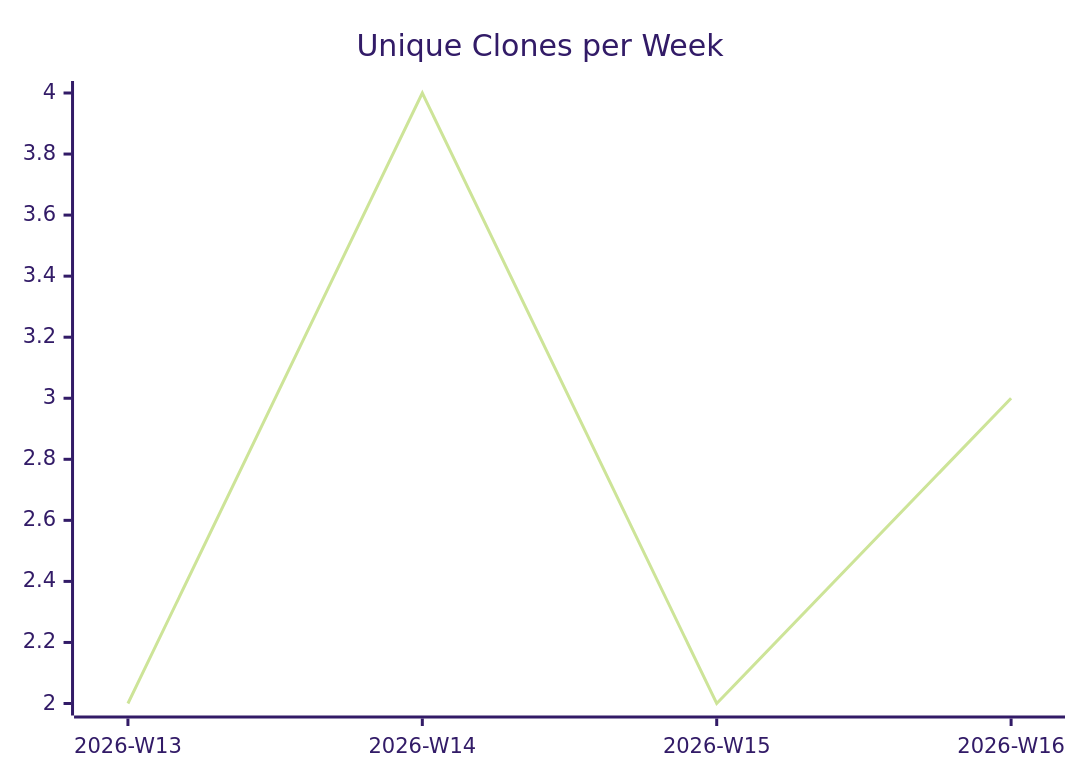
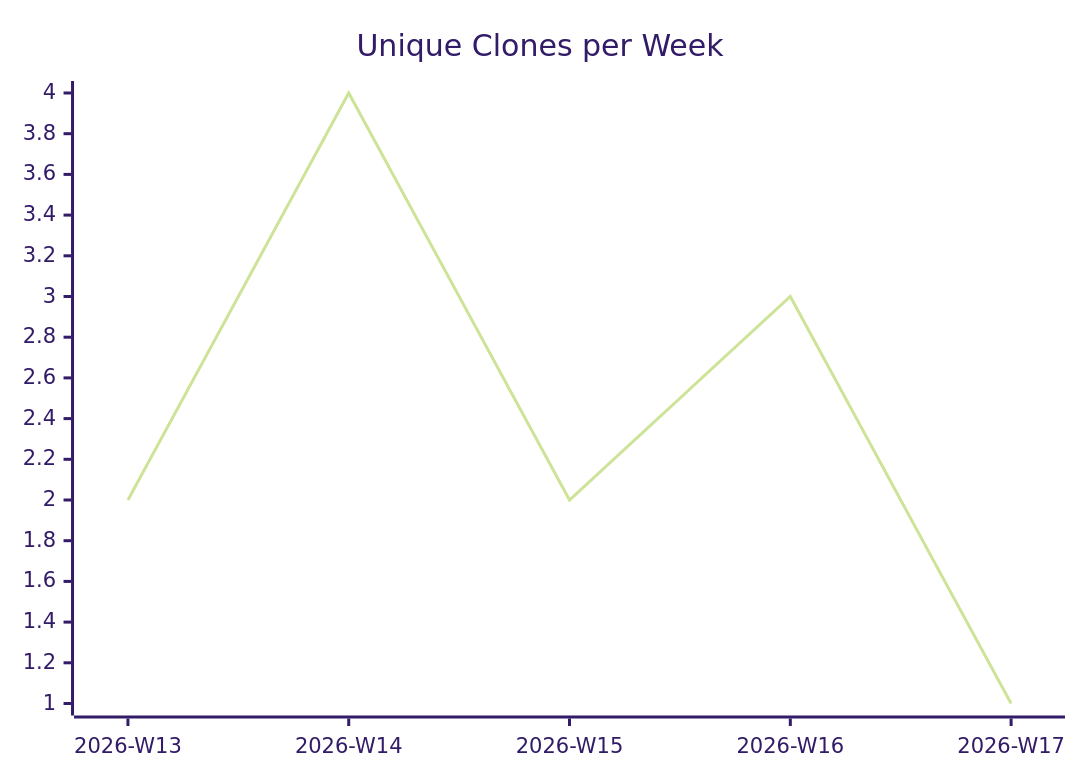
Before and after one commit to justdavis-family/github-analytics-data: the third of 3 diagrams in karlmdavis/workstation-base-ansible-role/README.md, drawn with Mermaid (forest theme). The commit also changed other lines of this file and 198 other files, not shown here.

````diff
--- a/karlmdavis/workstation-base-ansible-role/README.md
+++ b/karlmdavis/workstation-base-ansible-role/README.md
@@ -19,6 +19,6 @@
 ```mermaid
 xychart-beta
   title "Unique Clones per Week"
-  x-axis ["2026-W13", "2026-W14", "2026-W15", "2026-W16"]
-  line [2, 4, 2, 3]
+  x-axis ["2026-W13", "2026-W14", "2026-W15", "2026-W16", "2026-W17"]
+  line [2, 4, 2, 3, 1]
 ```
````
